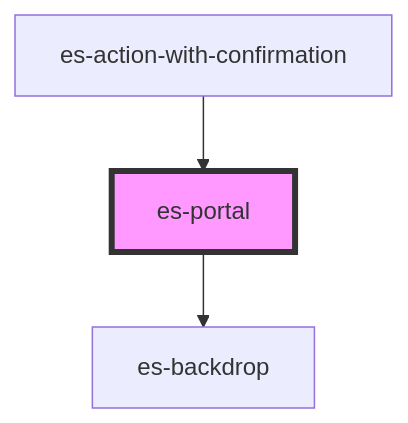
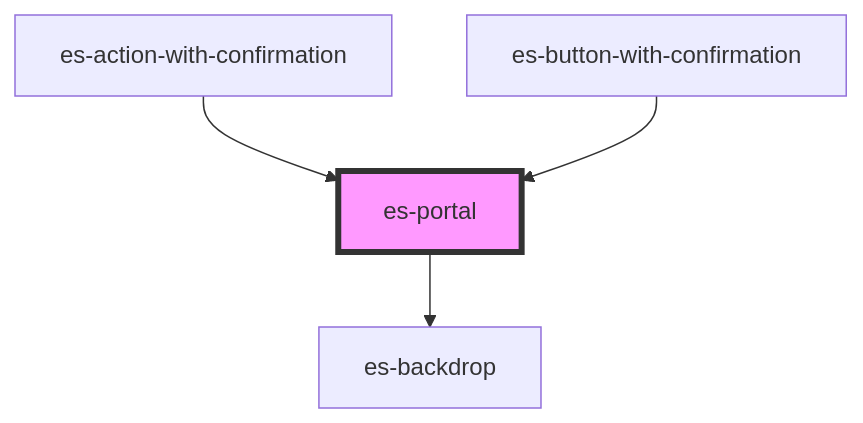
The diagram in packages/components/src/components/es-portal/readme.md (EventStore/Design-System), drawn with Mermaid before and after one commit. The commit also changed other lines of this file and 24 other files, not shown here.

Commit message:
Add es-button-with-confirmation

````diff
--- a/packages/components/src/components/es-portal/readme.md
+++ b/packages/components/src/components/es-portal/readme.md
@@ -125,6 +126,7 @@
 ```mermaid
 graph TD;
   es-portal --> es-backdrop
   es-action-with-confirmation --> es-portal
+  es-button-with-confirmation --> es-portal
   style es-portal fill:#f9f,stroke:#333,stroke-width:4px
 ```
````
